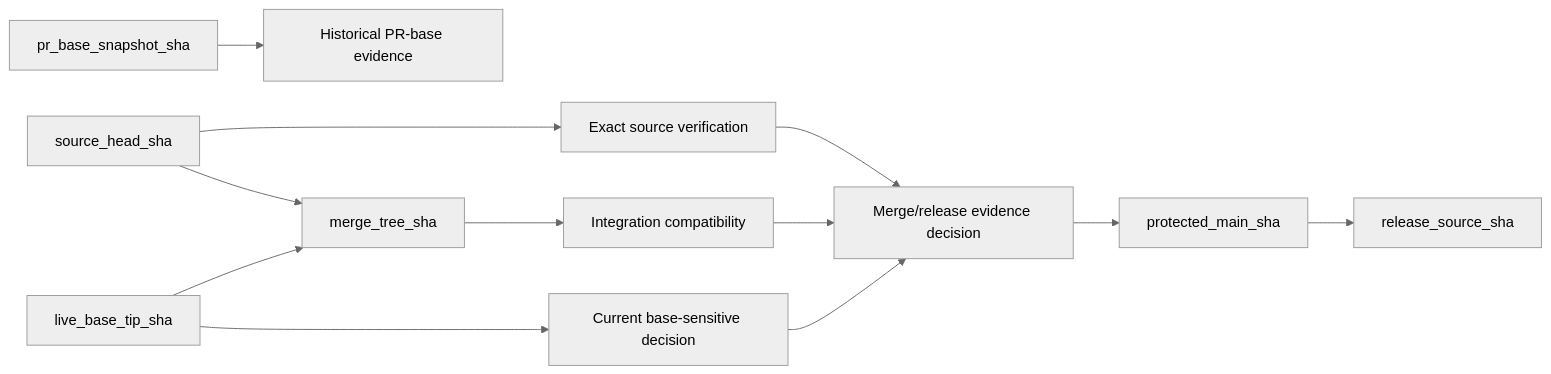
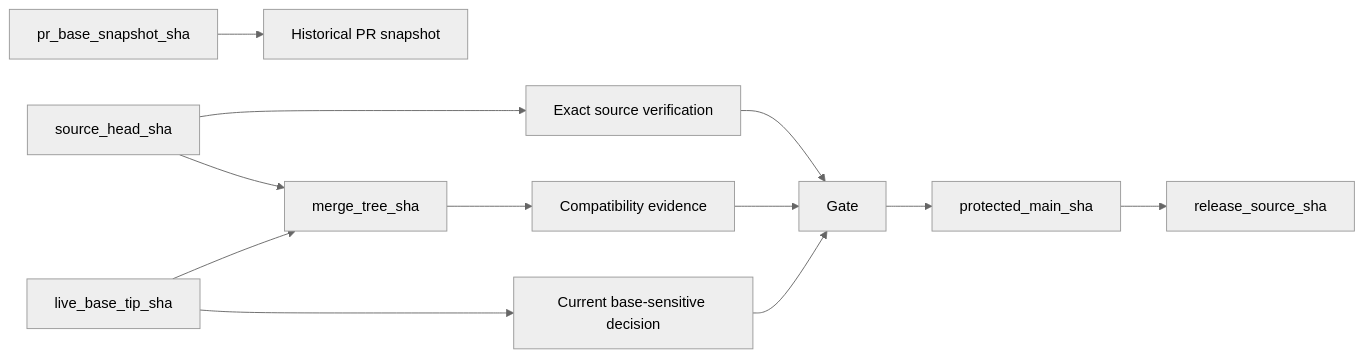
Before and after one commit to ContextualWisdomLab/life-os: diagram 14 of 14 in docs/UML.md, drawn with Mermaid (neutral theme). The commit also changed other lines of this file, not shown here.

Commit message:
docs(uml): reconcile current integration and verification flows

````diff
--- a/docs/UML.md
+++ b/docs/UML.md
@@ -265,14 +250,14 @@
 ```mermaid
 flowchart LR
     Source[source_head_sha] --> SourceCheck[Exact source verification]
-    BaseSnapshot[pr_base_snapshot_sha] --> PRMetadata[Historical PR-base evidence]
+    BaseSnapshot[pr_base_snapshot_sha] --> Metadata[Historical PR snapshot]
     LiveBase[live_base_tip_sha] --> MergeDecision[Current base-sensitive decision]
     Source --> MergeTree[merge_tree_sha]
     LiveBase --> MergeTree
-    MergeTree --> MergeCheck[Integration compatibility]
-    SourceCheck --> Gate[Merge/release evidence decision]
+    MergeTree --> MergeCheck[Compatibility evidence]
+    SourceCheck --> Gate
     MergeCheck --> Gate
     MergeDecision --> Gate
     Gate --> Main[protected_main_sha]
     Main --> Release[release_source_sha]
 ```
````
